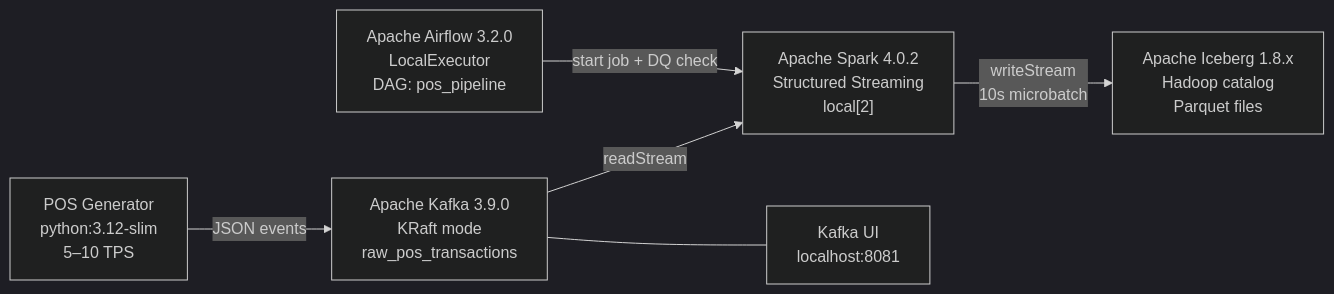
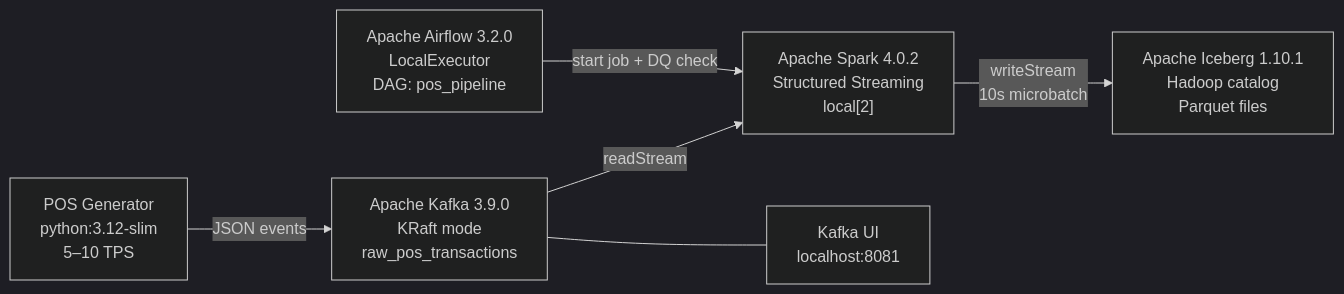
Before and after one commit to Jayptrp/pure-apache-pipeline-practice: the diagram in README.md, drawn with Mermaid (dark theme). The commit also changed other lines of this file, not shown here.

First line of the commit message:
docs: update README for Iceberg 1.10.1, Spark UI, and spark-submit fix

````diff
--- a/README.md
+++ b/README.md
@@ -9,15 +9,15 @@
 ```mermaid
 flowchart LR
     G["POS Generator\npython:3.12-slim\n5–10 TPS"]
     K["Apache Kafka 3.9.0\nKRaft mode\nraw_pos_transactions"]
     S["Apache Spark 4.0.2\nStructured Streaming\nlocal[2]"]
-    I["Apache Iceberg 1.8.x\nHadoop catalog\nParquet files"]
+    I["Apache Iceberg 1.10.1\nHadoop catalog\nParquet files"]
     A["Apache Airflow 3.2.0\nLocalExecutor\nDAG: pos_pipeline"]
     UI["Kafka UI\nlocalhost:8081"]
 
     G -->|JSON events| K
     K -->|readStream| S
     S -->|writeStream\n10s microbatch| I
     A -->|start job + DQ check| S
     K --- UI
 ```
````
